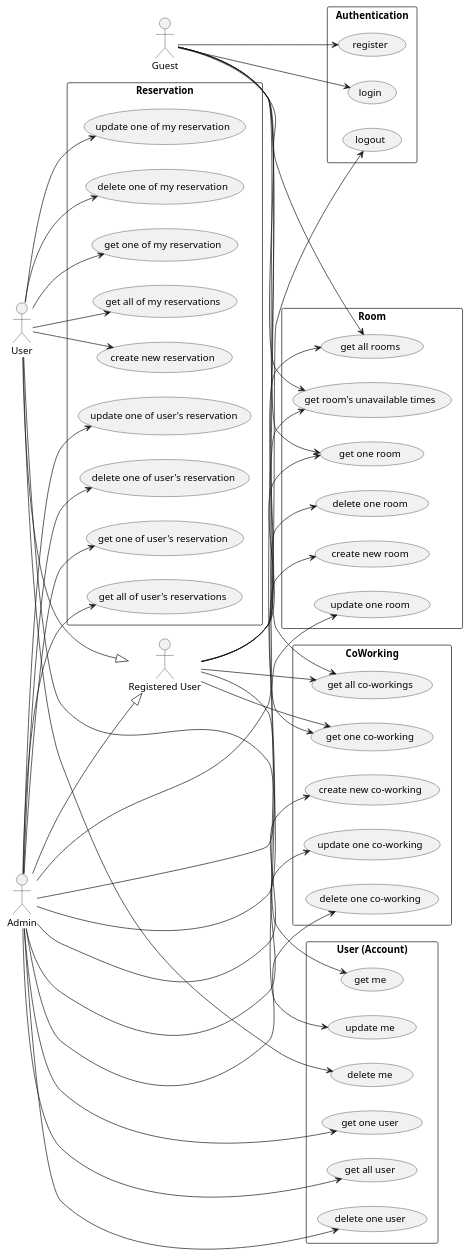
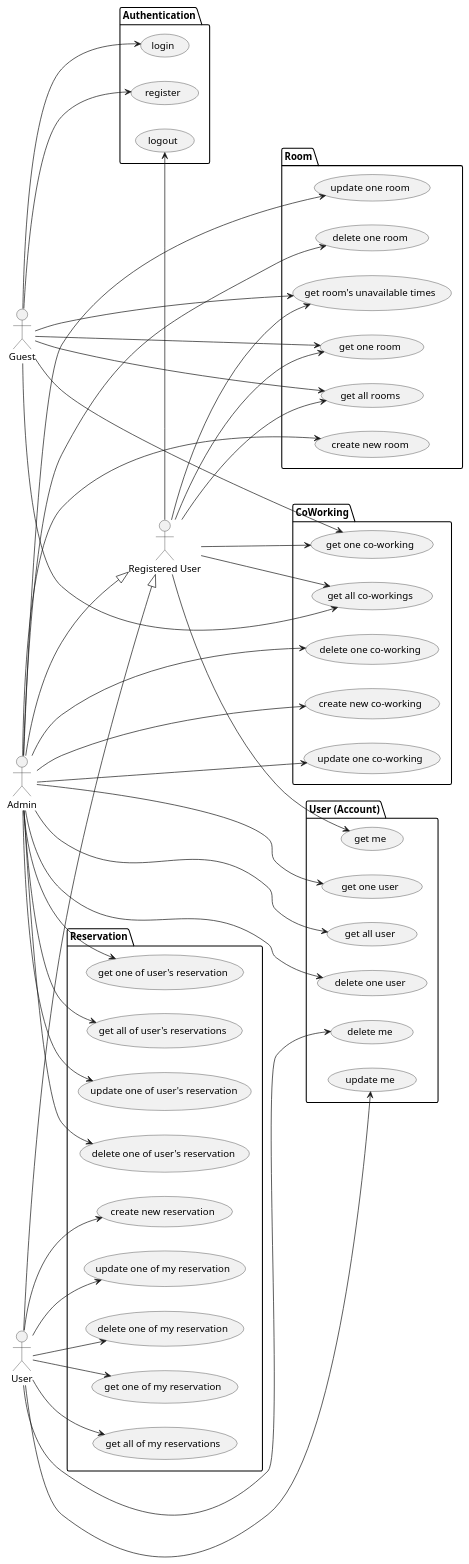
The diagram in diagrams/usecase/usecase.puml (TeaChanathip/SwDev-Project), drawn with PlantUML before and after one commit. The commit also changed 11 other files, not shown here.

```diff
--- a/diagrams/usecase/usecase.puml
+++ b/diagrams/usecase/usecase.puml
@@ -1,96 +1,96 @@
 @startuml usecase
 left to right direction
 
 actor Guest
 actor "Registered User"
 actor User
 actor Admin
 
 User --|> "Registered User"
 Admin --|> "Registered User"
 
-rectangle "Authentication" {
+package "Authentication" {
     usecase "register" as AuthUC1
     usecase "login" as AuthUC2
     usecase "logout" as AuthUC3
 }
 
-rectangle "User (Account)" {
+package "User (Account)" {
     usecase "get me" as UserUC1
     usecase "update me" as UserUC2
     usecase "delete me" as UserUC3
 
     usecase "get one user" as UserUC4
     usecase "get all user" as UserUC5
     usecase "delete one user" as UserUC6
 }
 
-rectangle "CoWorking" {
+package "CoWorking" {
     usecase "create new co-working" as CoWorkingUC1
     usecase "get one co-working" as CoWorkingUC2
     usecase "get all co-workings" as CoWorkingUC3
     usecase "update one co-working" as CoWorkingUC4
     usecase "delete one co-working" as CoWorkingUC5
 }
 
-rectangle "Room" {
+package "Room" {
     usecase "create new room" as RoomUC1
     usecase "get one room" as RoomUC2
     usecase "get all rooms" as RoomUC3
     usecase "update one room" as RoomUC4
     usecase "delete one room" as RoomUC5
     usecase "get room's unavailable times" as RoomUC6
 }
 
-rectangle "Reservation" {
+package "Reservation" {
     usecase "create new reservation" as ReserveUC1
     usecase "update one of my reservation" as ReserveUC2
     usecase "delete one of my reservation" as ReserveUC3
     usecase "get one of my reservation" as ReserveUC4
     usecase "get all of my reservations" as ReserveUC5
 
     usecase "update one of user's reservation" as ReserveUC6
     usecase "delete one of user's reservation" as ReserveUC7
     usecase "get one of user's reservation" as ReserveUC8
     usecase "get all of user's reservations" as ReserveUC9
 }
 
 Guest --> AuthUC1
 Guest --> AuthUC2
 Guest --> CoWorkingUC2
 Guest --> CoWorkingUC3
 Guest --> RoomUC2
 Guest --> RoomUC3
 Guest --> RoomUC6
 
-"Registered User" --> AuthUC3
+"Registered User" -left-> AuthUC3
 "Registered User" --> UserUC1
 "Registered User" --> CoWorkingUC2
 "Registered User" --> CoWorkingUC3
 "Registered User" --> RoomUC2
 "Registered User" --> RoomUC3
 "Registered User" --> RoomUC6
 
 User --> UserUC2
 User --> UserUC3
 User --> ReserveUC1
 User --> ReserveUC2
 User --> ReserveUC3
 User --> ReserveUC4
 User --> ReserveUC5
 
 Admin --> UserUC4
 Admin --> UserUC5
 Admin --> UserUC6
 Admin --> CoWorkingUC1
 Admin --> CoWorkingUC4
 Admin --> CoWorkingUC5
 Admin --> RoomUC1
 Admin --> RoomUC4
 Admin --> RoomUC5
 Admin --> ReserveUC6
 Admin --> ReserveUC7
 Admin --> ReserveUC8
 Admin --> ReserveUC9
 
 @enduml
```
